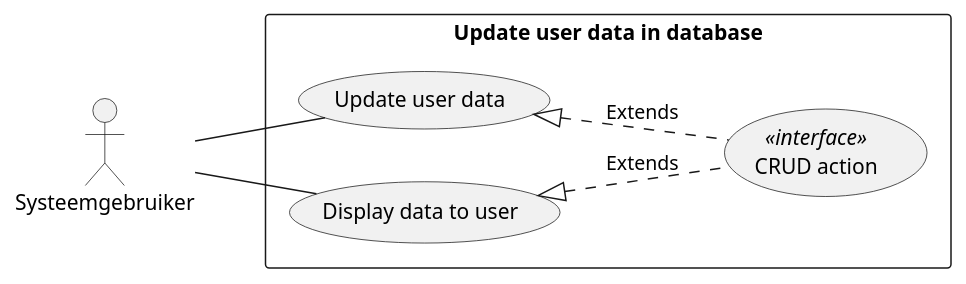
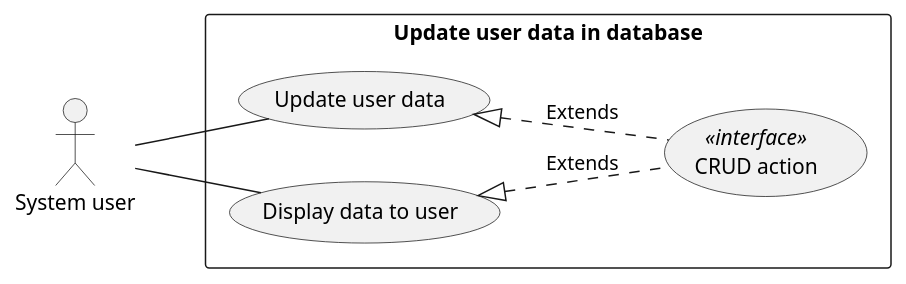
One commit to dannypas00/bouw7-uml changed the diagram in Scenarios/ExampleUseCase.plantuml. Above: the diagram before and after it, drawn with PlantUML. The commit also changed 3 other files, not shown here.

Commit message:
Updated UML

```diff
--- a/Scenarios/ExampleUseCase.plantuml
+++ b/Scenarios/ExampleUseCase.plantuml
@@ -1,16 +1,16 @@
 @startuml usecase
 left to right direction
 
 rectangle "Update user data in database" {
     usecase interaction as "Update user data"
     usecase crud as "CRUD action" <<interface>>
     interaction <|.. crud : Extends
     usecase display as "Display data to user"
     display <|.. crud: Extends
 }
 
-actor User as "Systeemgebruiker"
+actor User as "System user"
 
 display -- User
 User -- interaction
 @enduml
```
